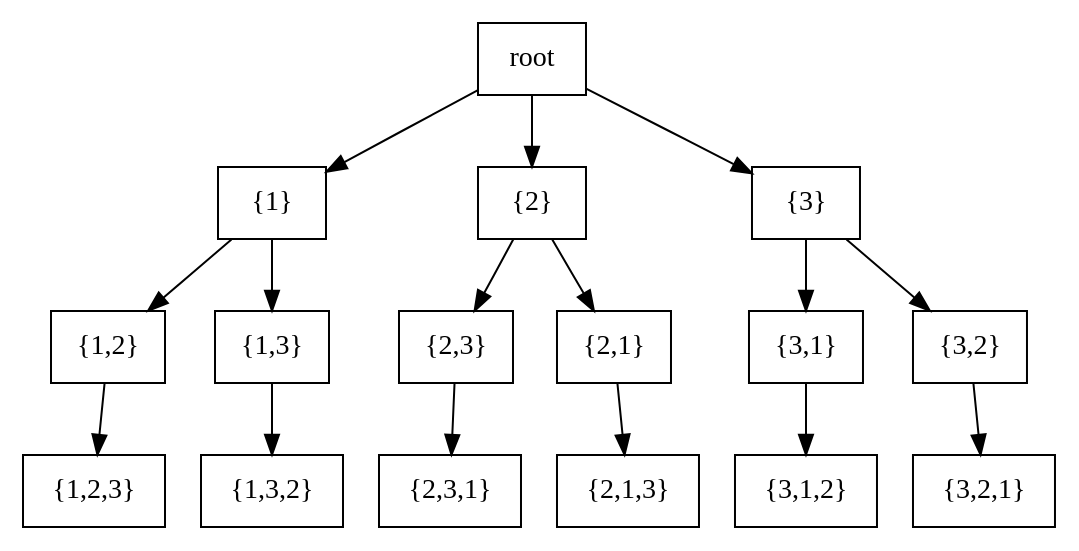
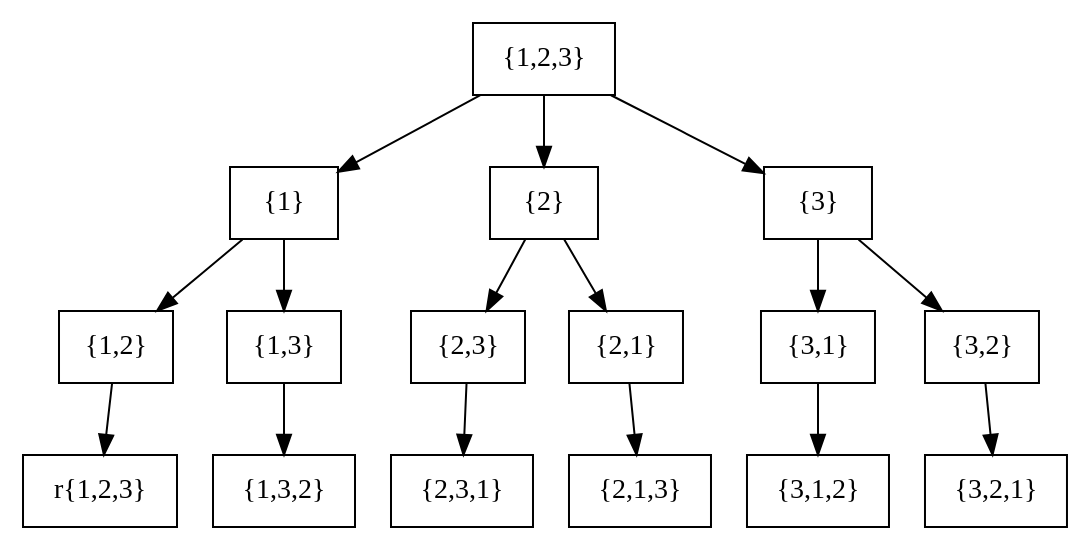
Before and after one commit to pangyouzhen/data-structure: the diagram in base/backtracking/46.dot, drawn with Graphviz. The commit also changed 8 other files, not shown here.

```diff
--- a/base/backtracking/46.dot
+++ b/base/backtracking/46.dot
@@ -1,20 +1,21 @@
 digraph G {
     node [shape = "box",];
     {
-    "root" -> "{1}";
+    "{1,2,3}" -> "{1}";
     "{1}" -> "{1,2}";
-    "{1,2}" -> "{1,2,3}";
+//    指向了根节点，所以加r区分下
+    "{1,2}" -> "r{1,2,3}";
     "{1}" -> "{1,3}";
     "{1,3}" -> "{1,3,2}";
-    "root" -> "{2}";
+    "{1,2,3}" -> "{2}";
     "{2}" -> "{2,3}";
     "{2,3}" -> "{2,3,1}";
     "{2}" -> "{2,1}";
     "{2,1}" -> "{2,1,3}";
-    "root" -> "{3}";
+    "{1,2,3}" -> "{3}";
     "{3}" -> "{3,1}";
     "{3,1}" -> "{3,1,2}";
     "{3}" -> "{3,2}";
     "{3,2}" -> "{3,2,1}";
     }
 }
```
